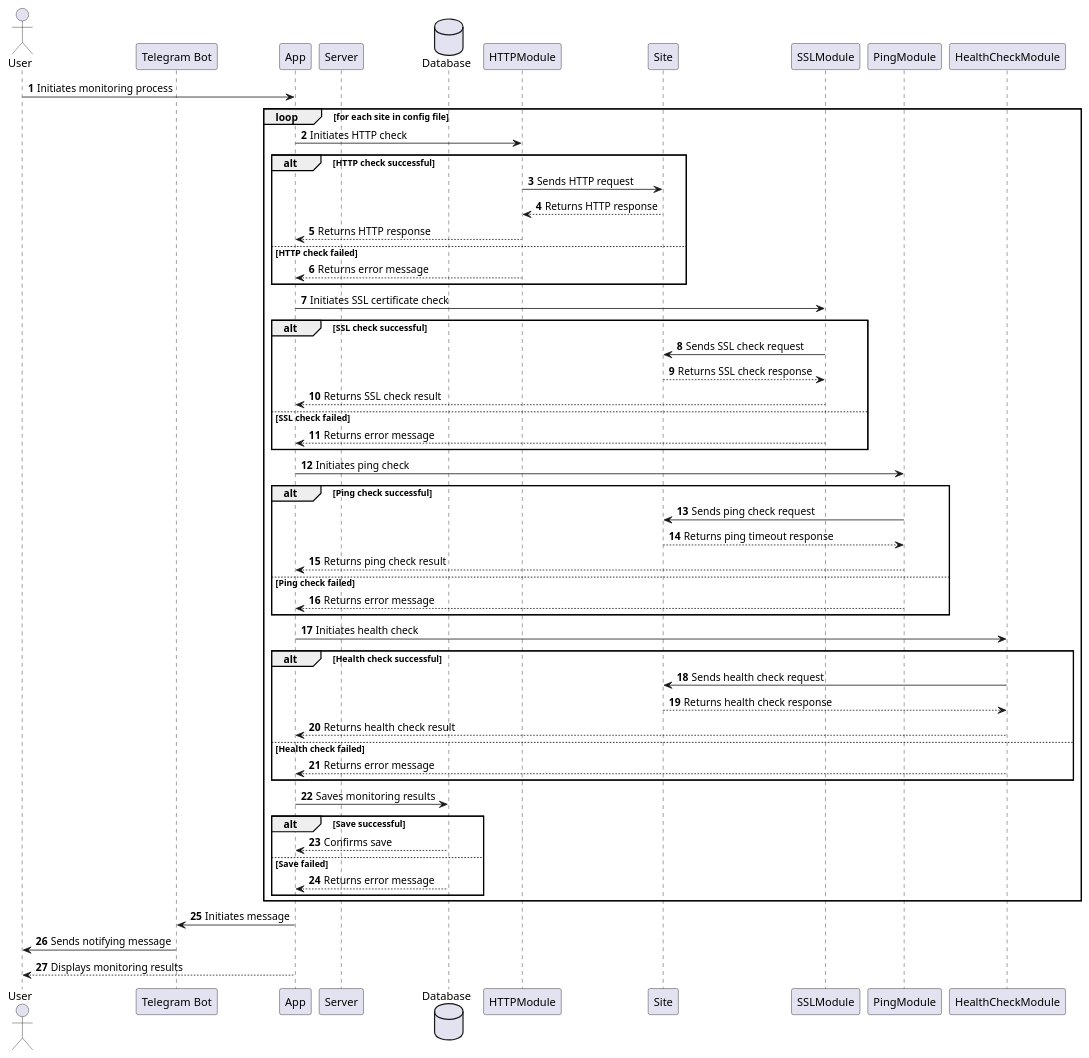
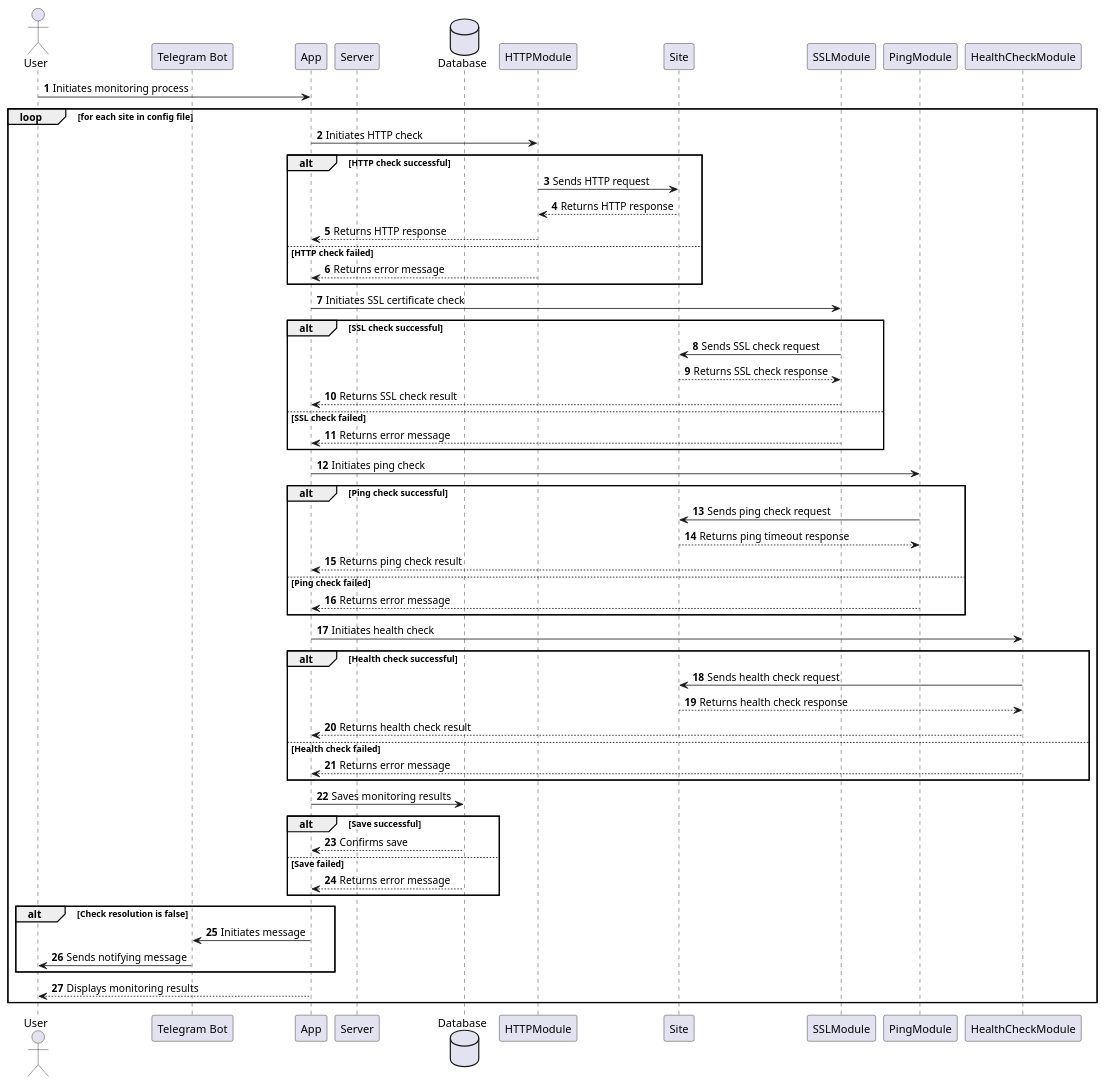
Before and after one commit to dariasmyr/uptime-monitor: the diagram in uptime.sequence.puml, drawn with PlantUML.

Commit message:
Small fix

```diff
--- a/uptime.sequence.puml
+++ b/uptime.sequence.puml
@@ -1,61 +1,64 @@
 @startuml
 autonumber
 actor User
 participant "Telegram Bot" as Bot
 participant "App" as App
 participant "Server" as Server
 database "Database" as Database
 
 
 User -> App: Initiates monitoring process
 
 loop for each site in config file
     App -> HTTPModule: Initiates HTTP check
     alt HTTP check successful
         HTTPModule -> Site: Sends HTTP request
         Site --> HTTPModule: Returns HTTP response
         HTTPModule --> App: Returns HTTP response
     else HTTP check failed
         HTTPModule --> App: Returns error message
     end
 
     App -> SSLModule: Initiates SSL certificate check
     alt SSL check successful
         SSLModule -> Site: Sends SSL check request
         Site --> SSLModule: Returns SSL check response
         SSLModule --> App: Returns SSL check result
     else SSL check failed
         SSLModule --> App: Returns error message
     end
 
     App -> PingModule: Initiates ping check
     alt Ping check successful
         PingModule -> Site: Sends ping check request
         Site --> PingModule: Returns ping timeout response
         PingModule --> App: Returns ping check result
     else Ping check failed
         PingModule --> App: Returns error message
     end
 
     App -> HealthCheckModule: Initiates health check
     alt Health check successful
         HealthCheckModule -> Site: Sends health check request
         Site --> HealthCheckModule: Returns health check response
         HealthCheckModule --> App: Returns health check result
     else Health check failed
         HealthCheckModule --> App: Returns error message
     end
 
     App -> Database: Saves monitoring results
     alt Save successful
         Database --> App: Confirms save
     else Save failed
         Database --> App: Returns error message
     end
+
+    alt Check resolution is false
+    App -> Bot: Initiates message
+    Bot -> User: Sends notifying message
+    end
+
+    App --> User: Displays monitoring results
 end
 
-App -> Bot: Initiates message
-Bot -> User: Sends notifying message
-
-App --> User: Displays monitoring results
 @enduml
```
